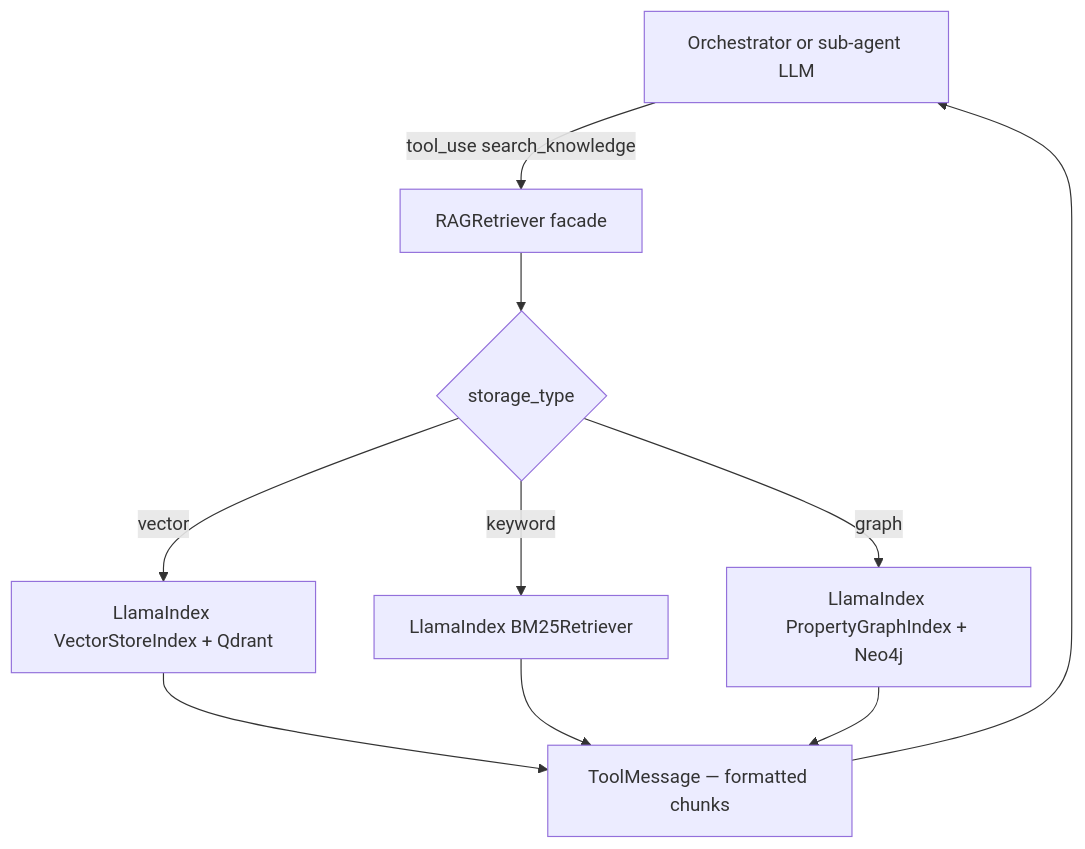
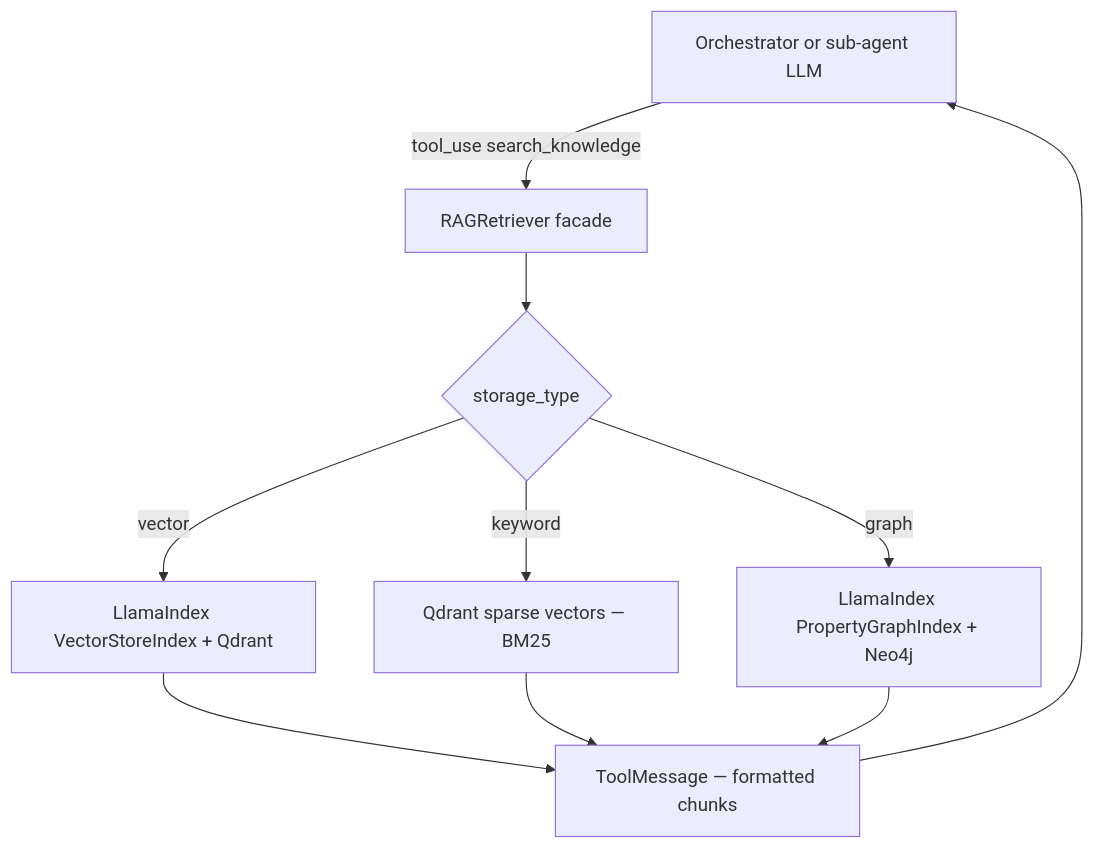
The tenth of 13 diagrams in backend/document/chat/01-chat-completion-diagrams.md (shehan-jayasinghe/bot-builder), drawn with Mermaid before and after one commit. The commit also changed other lines of this file and 18 other files, not shown here.

````diff
--- a/backend/document/chat/01-chat-completion-diagrams.md
+++ b/backend/document/chat/01-chat-completion-diagrams.md
@@ -342,13 +342,13 @@
 ```mermaid
 flowchart TB
     LLM[Orchestrator or sub-agent LLM]
     LLM -->|tool_use search_knowledge| RET[RAGRetriever facade]
     RET --> TYPE{storage_type}
     TYPE -->|vector| Q[LlamaIndex VectorStoreIndex + Qdrant]
-    TYPE -->|keyword| T[LlamaIndex BM25Retriever]
+    TYPE -->|keyword| T[Qdrant sparse vectors — BM25]
     TYPE -->|graph| G[LlamaIndex PropertyGraphIndex + Neo4j]
     Q --> TM[ToolMessage — formatted chunks]
     T --> TM
     G --> TM
     TM --> LLM
 ```
````
